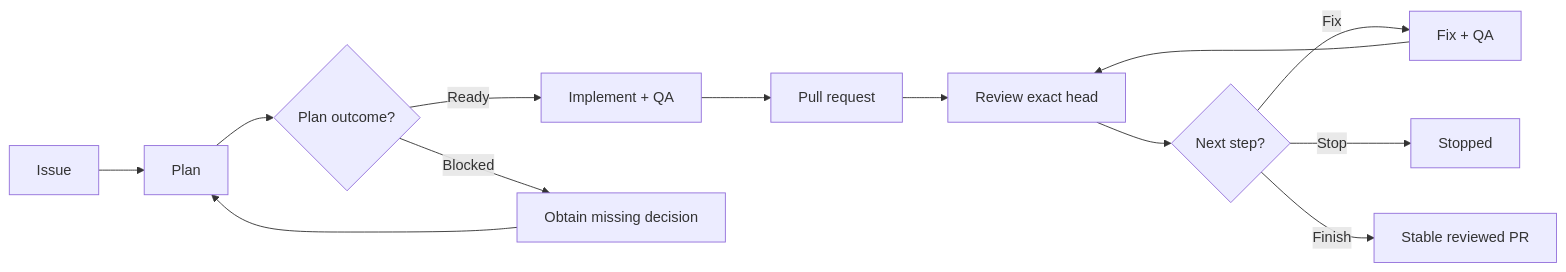
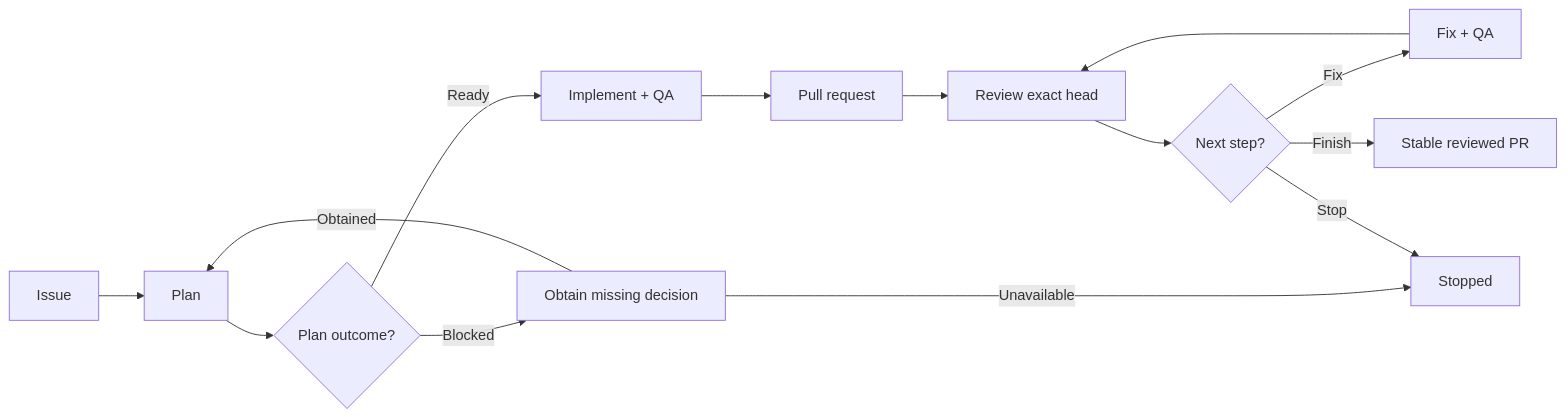
One commit to dceoy/pr-loop changed the diagram in README.md. Above: the diagram before and after it, drawn with Mermaid.

Commit message:
docs: make blocked planning fail closed

````diff
--- a/README.md
+++ b/README.md
@@ -11,13 +11,14 @@
 ```mermaid
 flowchart LR
   I[Issue] --> P[Plan] --> Q{Plan outcome?}
   Q -->|Ready| M[Implement + QA]
   Q -->|Blocked| D[Obtain missing decision]
-  D --> P
+  D -->|Obtained| P
+  D -->|Unavailable| T[Stopped]
   M --> PR[Pull request]
   PR --> R[Review exact head] --> F{Next step?}
   F -->|Fix| X[Fix + QA]
   X --> R
-  F -->|Stop| T[Stopped]
+  F -->|Stop| T
   F -->|Finish| S[Stable reviewed PR]
 ```
````
